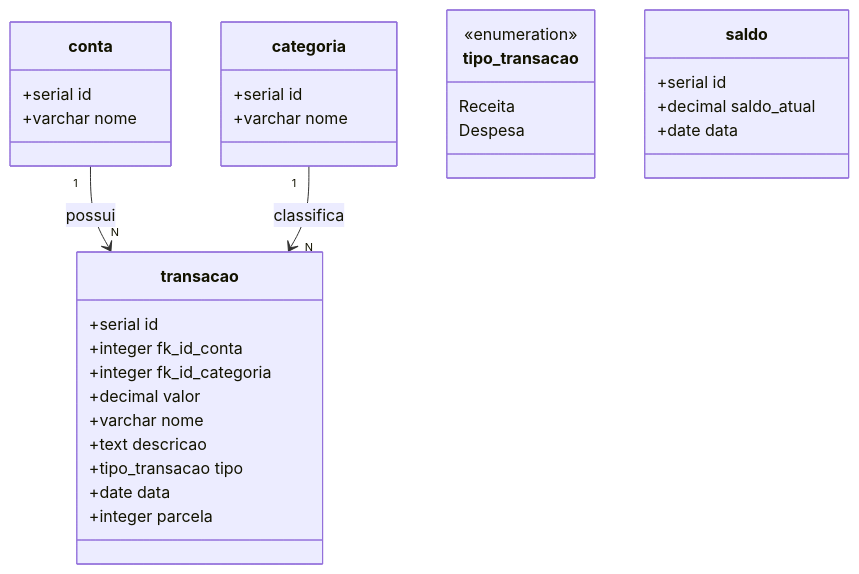
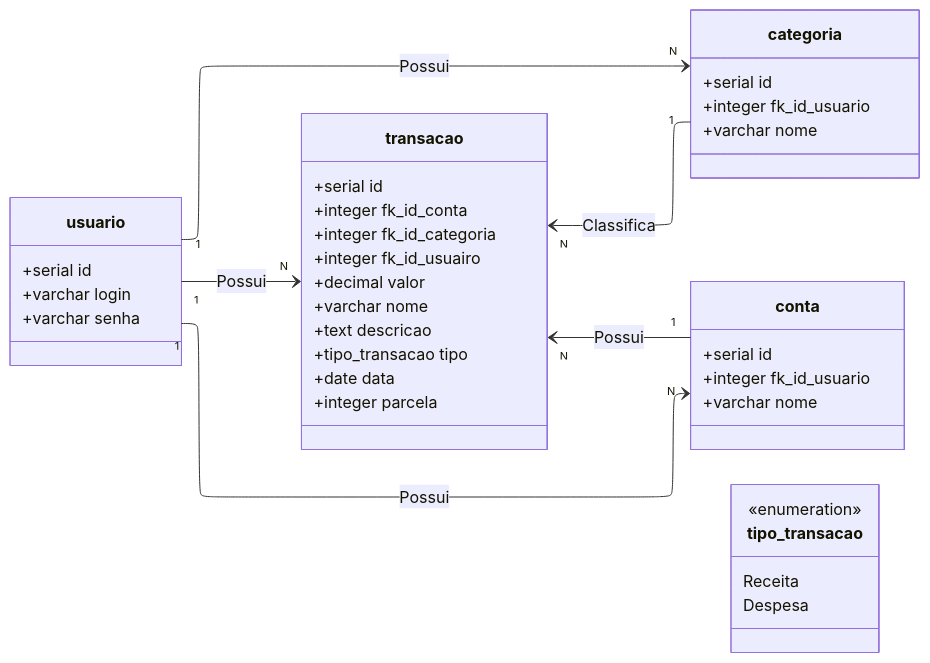
One commit to Vitor-Bistaffa/FinTrack_Api changed the diagram in README.md. Above: the diagram before and after it, drawn with Mermaid. The commit also changed other lines of this file and 1 other file, not shown here.

Commit message:
Chore
- Mudança no Readme
- Mudança no DockerFile

````diff
--- a/README.md
+++ b/README.md
@@ -6,34 +6,47 @@
 ```mermaid
+---
+config:
+  layout: elk
+---
 classDiagram
+direction RL
     class categoria {
-        +serial id
-        +varchar nome
+	    +serial id
+	    +integer fk_id_usuario
+	    +varchar nome
     }
     class conta {
-        +serial id
-        +varchar nome
+	    +serial id
+	    +integer fk_id_usuario
+	    +varchar nome
     }
-        class tipo_transacao {
-        Receita
-        Despesa
+    class tipo_transacao {
+	    Receita
+	    Despesa
     }
-    <<enumeration>> tipo_transacao
     class transacao {
-        +serial id
-        +integer fk_id_conta
-        +integer fk_id_categoria
-        +decimal valor
-        +varchar nome
-        +text descricao
-        +tipo_transacao tipo
-        +date data
-        +integer parcela
+	    +serial id
+	    +integer fk_id_conta
+	    +integer fk_id_categoria
+	    +integer fk_id_usuairo
+	    +decimal valor
+	    +varchar nome
+	    +text descricao
+	    +tipo_transacao tipo
+	    +date data
+	    +integer parcela
     }
-    class saldo {
-        +serial id
-        +decimal saldo_atual
-        +date data
+    class usuario {
+	    +serial id
+	    +varchar login
+	    +varchar senha
     }
-    conta "1" --> "N" transacao : possui
-    categoria "1" --> "N" transacao : classifica
+
+	<<enumeration>> tipo_transacao
+
+    conta "1" --> "N" transacao : Possui
+    categoria "1" --> "N" transacao : Classifica
+    conta "N" <-- "1" usuario : Possui
+    categoria "N" <-- "1" usuario : Possui
+    transacao "N" <-- "1" usuario : Possui
 ```
````
